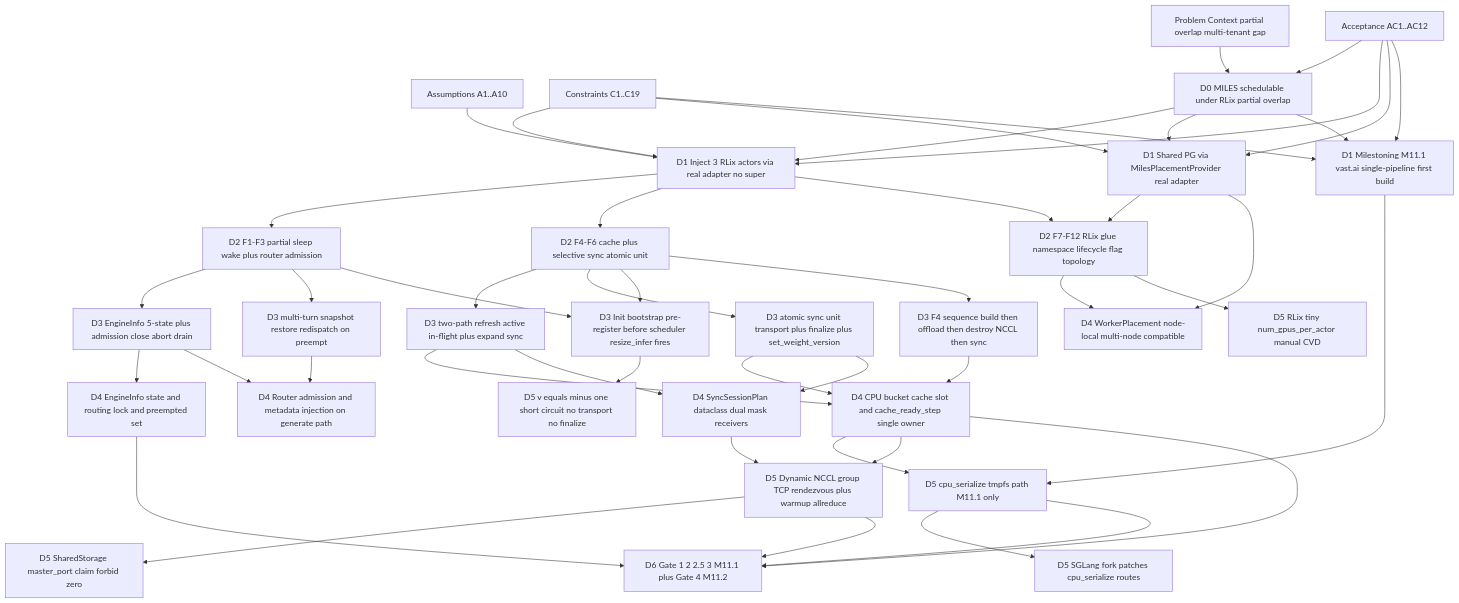
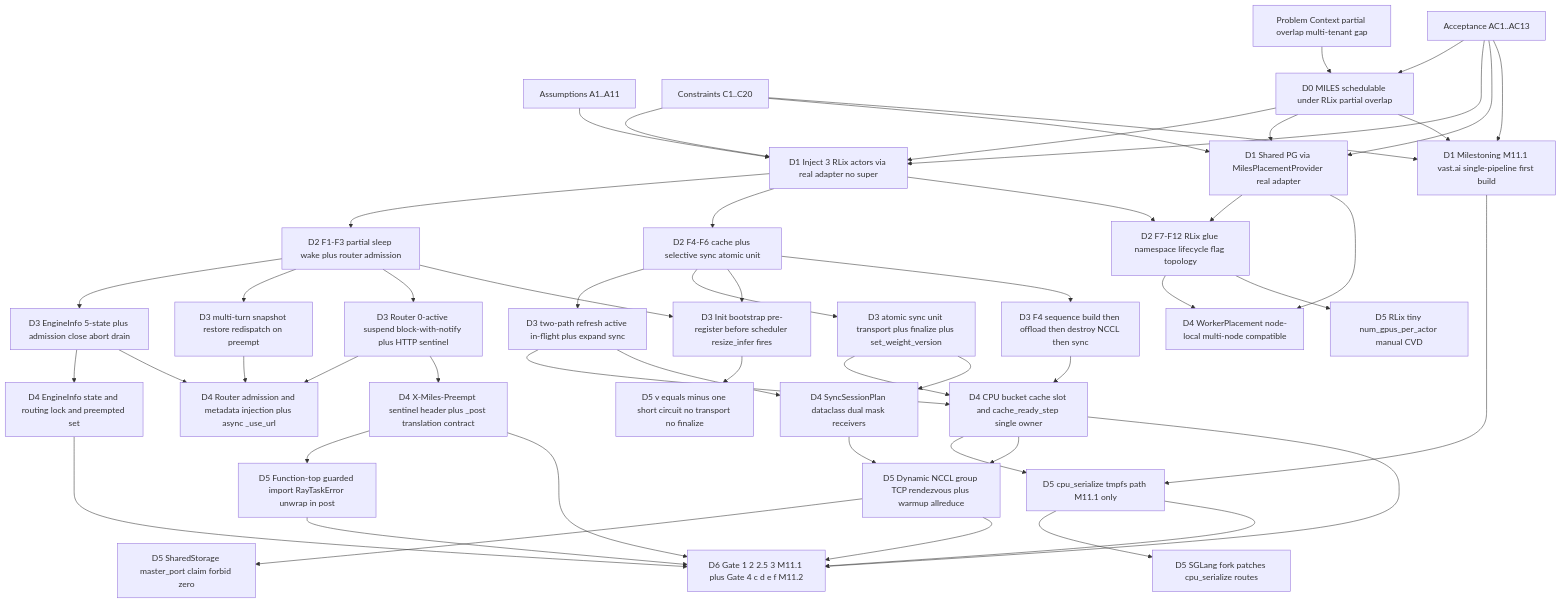
Before and after one commit to rlops/rlix: the third of 6 diagrams in plans/miles-port-unified-plan.tldr.md, drawn with Mermaid. The commit also changed other lines of this file and 1 other file, not shown here.

````diff
--- a/plans/miles-port-unified-plan.tldr.md
+++ b/plans/miles-port-unified-plan.tldr.md
@@ -281,9 +298,9 @@
 ```mermaid
 flowchart TD
   Ctx[Problem Context partial overlap multi-tenant gap]
-  A[Assumptions A1..A10]
-  C[Constraints C1..C19]
-  AC[Acceptance AC1..AC12]
+  A[Assumptions A1..A11]
+  C[Constraints C1..C20]
+  AC[Acceptance AC1..AC13]
 
   D0[D0 MILES schedulable under RLix partial overlap]
 
@@ -301,12 +318,14 @@
   D3D[D3 atomic sync unit transport plus finalize plus set_weight_version]
   D3E[D3 Init bootstrap pre-register before scheduler resize_infer fires]
   D3F[D3 F4 sequence build then offload then destroy NCCL then sync]
+  D3G[D3 Router 0-active suspend block-with-notify plus HTTP sentinel]
 
   D4A[D4 EngineInfo state and routing lock and preempted set]
-  D4B[D4 Router admission and metadata injection on generate path]
+  D4B[D4 Router admission and metadata injection plus async _use_url]
   D4C[D4 CPU bucket cache slot and cache_ready_step single owner]
   D4D[D4 WorkerPlacement node-local multi-node compatible]
   D4E[D4 SyncSessionPlan dataclass dual mask receivers]
+  D4F[D4 X-Miles-Preempt sentinel header plus _post translation contract]
 
   D5A[D5 cpu_serialize tmpfs path M11.1 only]
   D5B[D5 Dynamic NCCL group TCP rendezvous plus warmup allreduce]
@@ -314,8 +333,9 @@
   D5D[D5 SGLang fork patches cpu_serialize routes]
   D5E[D5 SharedStorage master_port claim forbid zero]
   D5F[D5 RLix tiny num_gpus_per_actor manual CVD]
+  D5G[D5 Function-top guarded import RayTaskError unwrap in post]
 
-  D6[D6 Gate 1 2 2.5 3 M11.1 plus Gate 4 M11.2]
+  D6[D6 Gate 1 2 2.5 3 M11.1 plus Gate 4 c d e f M11.2]
 
   Ctx --> D0
   AC --> D0
@@ -337,6 +357,7 @@
   D1C --> D5A
   D2A --> D3A
   D2A --> D3B
+  D2A --> D3G
   D2B --> D3C
   D2B --> D3D
   D2A --> D3E
@@ -346,6 +367,8 @@
   D3A --> D4A
   D3A --> D4B
   D3B --> D4B
+  D3G --> D4B
+  D3G --> D4F
   D3C --> D4C
   D3D --> D4C
   D2C --> D4D
@@ -358,8 +381,11 @@
   D5A --> D5D
   D3E --> D5C
   D2C --> D5F
+  D4F --> D5G
   D4A --> D6
   D4C --> D6
+  D4F --> D6
   D5A --> D6
   D5B --> D6
+  D5G --> D6
 ```
````
